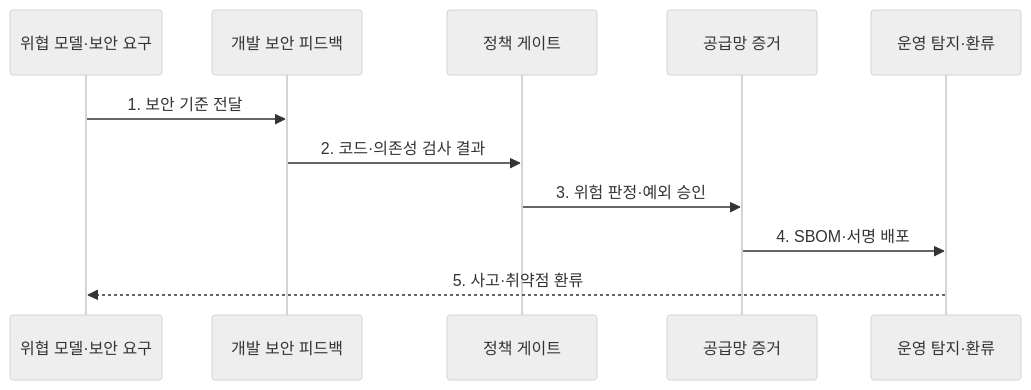
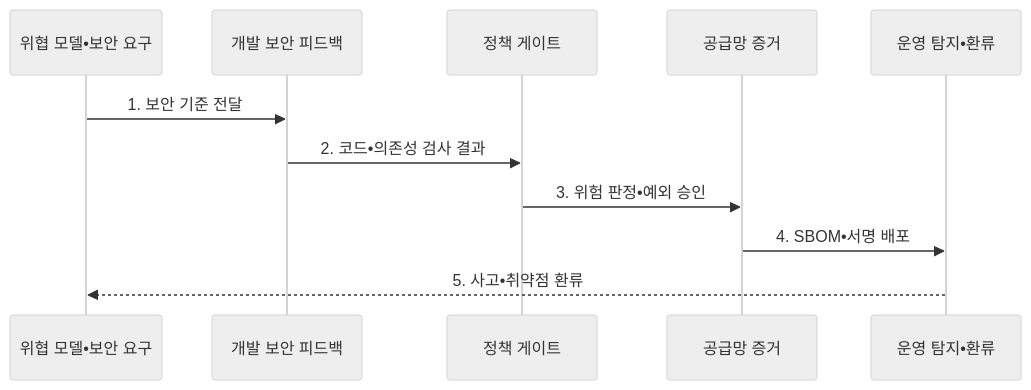
One commit to agnusdei1207/knowledge-base changed the second of 2 diagrams in src/content/docs/notes/08-latest-tech/177_devsecops.md. Above: the diagram before and after it, drawn with Mermaid (neutral theme). The commit also changed other lines of this file and 953 other files, not shown here.

````diff
--- a/src/content/docs/notes/08-latest-tech/177_devsecops.md
+++ b/src/content/docs/notes/08-latest-tech/177_devsecops.md
@@ -105,13 +105,13 @@
 ```mermaid
 sequenceDiagram
-  participant T as 위협 모델·보안 요구
+  participant T as 위협 모델•보안 요구
   participant D as 개발 보안 피드백
   participant G as 정책 게이트
   participant E as 공급망 증거
-  participant O as 운영 탐지·환류
+  participant O as 운영 탐지•환류
   T->>D: 1. 보안 기준 전달
-  D->>G: 2. 코드·의존성 검사 결과
-  G->>E: 3. 위험 판정·예외 승인
-  E->>O: 4. SBOM·서명 배포
-  O-->>T: 5. 사고·취약점 환류
+  D->>G: 2. 코드•의존성 검사 결과
+  G->>E: 3. 위험 판정•예외 승인
+  E->>O: 4. SBOM•서명 배포
+  O-->>T: 5. 사고•취약점 환류
 ```
````
